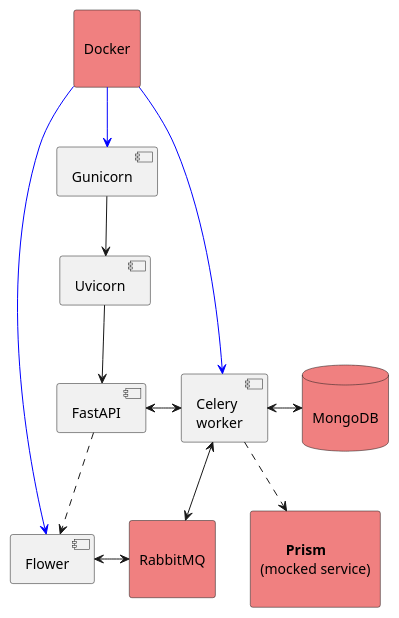
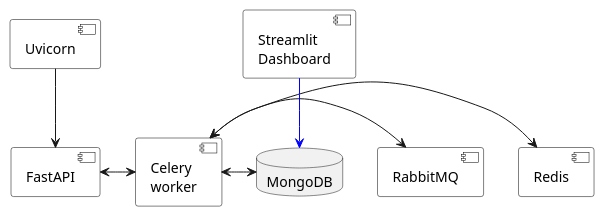
One commit to kimbasabingoye/async-order-processing changed the diagram in src/design/architecture.puml. Above: the diagram before and after it, drawn with PlantUML. The commit also changed 26 other files, not shown here.

```diff
--- a/src/design/architecture.puml
+++ b/src/design/architecture.puml
@@ -1,31 +1,35 @@
 @startuml
 
-' left to right direction
+' Set direction and skin parameters
 top to bottom direction
+skinparam agent {
+    BackgroundColor LightCoral
+}
+skinparam componentStyle uml2
+skinparam component {
+    BackgroundColor White
+    BorderColor Black
+}
 
-agent "\nDocker\n" as Docker
-agent "\nRabbitMQ\n" as RabbitMQ
-agent "\n       <B>Prism\n(mocked service)\n" as prism
-skinparam agentbackgroundColor LightCoral
-
-[Flower]
+' Define agents and components
+'agent "Docker" as Docker
+[RabbitMQ]
+[Redis]
 [FastAPI]
 [Uvicorn]
-[Gunicorn]
 [Celery\nworker] as Celery
-database "\nMongoDB\n" as DB #LightCoral
+database "MongoDB" as DB
+[Streamlit\nDashboard] as Streamlit
 
-
-Docker -[#blue]-> Flower
-Docker -[#blue]-> Gunicorn
-Gunicorn --> Uvicorn
+' Define connections
+'Docker -[#blue]-> Flower
+'Docker -[#blue]-> Gunicorn
 Celery <-> DB
-Docker -[#blue]-> Celery
-Celery .-> prism
-FastAPI .-> Flower
+'Docker -[#blue]-> Celery
 Celery <-> RabbitMQ
-Flower <-> RabbitMQ
+Celery <-> Redis
 Uvicorn --> FastAPI
 FastAPI <-> Celery
+Streamlit -[#blue]-> DB
 
 @enduml
```
